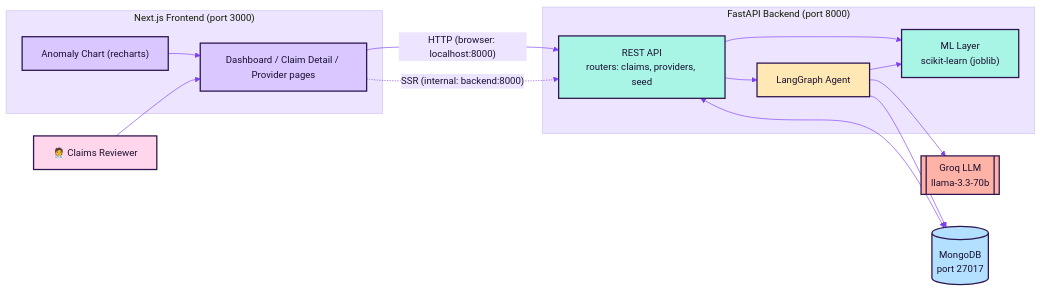
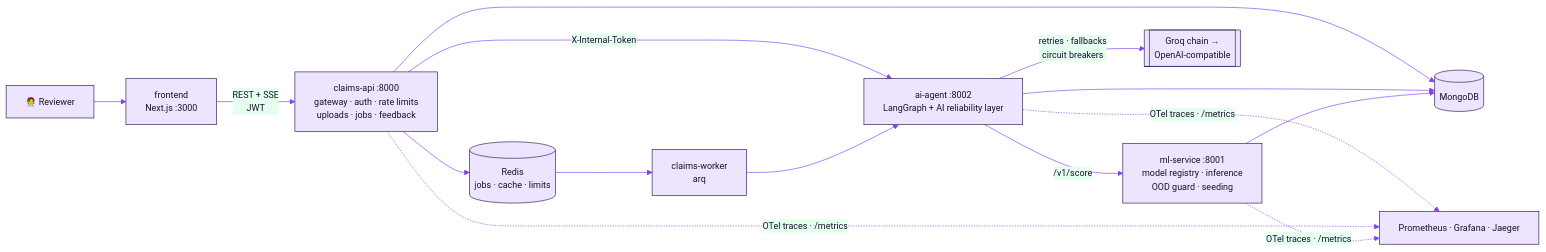
The second of 4 diagrams in README.md (AhmedJesserLahmer/Cotiviti-ai-claims-review-assistant), drawn with Mermaid before and after one commit. The commit also changed other lines of this file, not shown here.

First line of the commit message:
docs: rewrite README architecture, layout, API and run sections

````diff
--- a/README.md
+++ b/README.md
@@ -132,39 +136,16 @@
 ```mermaid
-%%{init: {"theme": "base", "themeVariables": {"primaryColor": "#ede4ff", "primaryBorderColor": "#2e1650", "primaryTextColor": "#1a1030", "lineColor": "#7e3ff2", "fontSize": "15px", "edgeLabelBackground": "#ede4ff", "secondaryColor": "#ede4ff", "tertiaryColor": "#ede4ff"}}}%%
+%%{init: {"theme": "base", "themeVariables": {"primaryColor": "#ede4ff", "primaryBorderColor": "#2e1650", "primaryTextColor": "#1a1030", "lineColor": "#7e3ff2", "fontSize": "14px"}}}%%
 flowchart LR
-    U["🧑‍⚕️ Claims Reviewer"]
-
-    subgraph FE["Next.js Frontend  (port 3000)"]
-      DASH["Dashboard / Claim Detail / Provider pages"]
-      CH["Anomaly Chart (recharts)"]
-    end
-
-    subgraph BE["FastAPI Backend  (port 8000)"]
-      API["REST API<br/>routers: claims, providers, seed"]
-      ML["ML Layer<br/>scikit-learn (joblib)"]
-      AG["LangGraph Agent"]
-    end
-
-    GROQ[["Groq LLM<br/>llama-3.3-70b"]]
-    DB[("MongoDB<br/>port 27017")]
-
-    U --> DASH
-    DASH -->|"HTTP (browser: localhost:8000)"| API
-    DASH -.->|"SSR (internal: backend:8000)"| API
-    API --> ML
-    API --> AG
-    AG --> ML
-    AG --> GROQ
-    API <--> DB
+    U["🧑‍⚕️ Reviewer"] --> FE["frontend<br/>Next.js :3000"]
+    FE -->|"REST + SSE<br/>JWT"| API["claims-api :8000<br/>gateway · auth · rate limits<br/>uploads · jobs · feedback"]
+    API -->|"X-Internal-Token"| AG["ai-agent :8002<br/>LangGraph + AI reliability layer"]
+    API --> Q[("Redis<br/>jobs · cache · limits")]
+    Q --> W["claims-worker<br/>arq"]
+    W --> AG
+    AG -->|"/v1/score"| ML["ml-service :8001<br/>model registry · inference<br/>OOD guard · seeding"]
+    AG -->|"retries · fallbacks<br/>circuit breakers"| LLM[["Groq chain →<br/>OpenAI-compatible"]]
+    API --> DB[("MongoDB")]
     AG --> DB
-    CH --> DASH
-
-    style U fill:#ffd6ec,stroke:#2e1650,stroke-width:2px,color:#1a1030
-    style DASH fill:#d9c7ff,stroke:#2e1650,stroke-width:2px,color:#1a1030
-    style CH fill:#d9c7ff,stroke:#2e1650,stroke-width:2px,color:#1a1030
-    style API fill:#a8f5e6,stroke:#2e1650,stroke-width:2px,color:#1a1030
-    style ML fill:#a8f5e6,stroke:#2e1650,stroke-width:2px,color:#1a1030
-    style AG fill:#ffe8b3,stroke:#2e1650,stroke-width:2px,color:#1a1030
-    style GROQ fill:#ffb3a7,stroke:#2e1650,stroke-width:2px,color:#1a1030
-    style DB fill:#b3e0ff,stroke:#2e1650,stroke-width:2px,color:#1a1030
+    ML --> DB
+    AG & API & ML -.->|"OTel traces · /metrics"| OBS["Prometheus · Grafana · Jaeger"]
 ```
````
